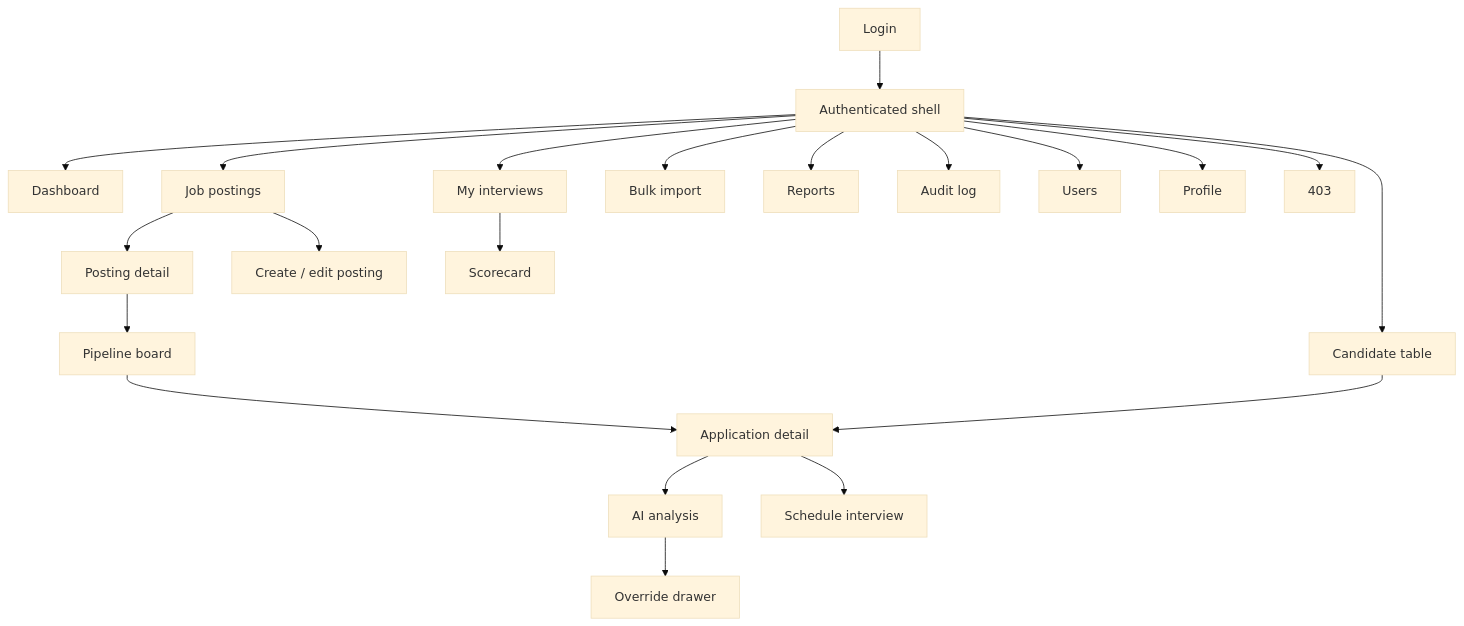
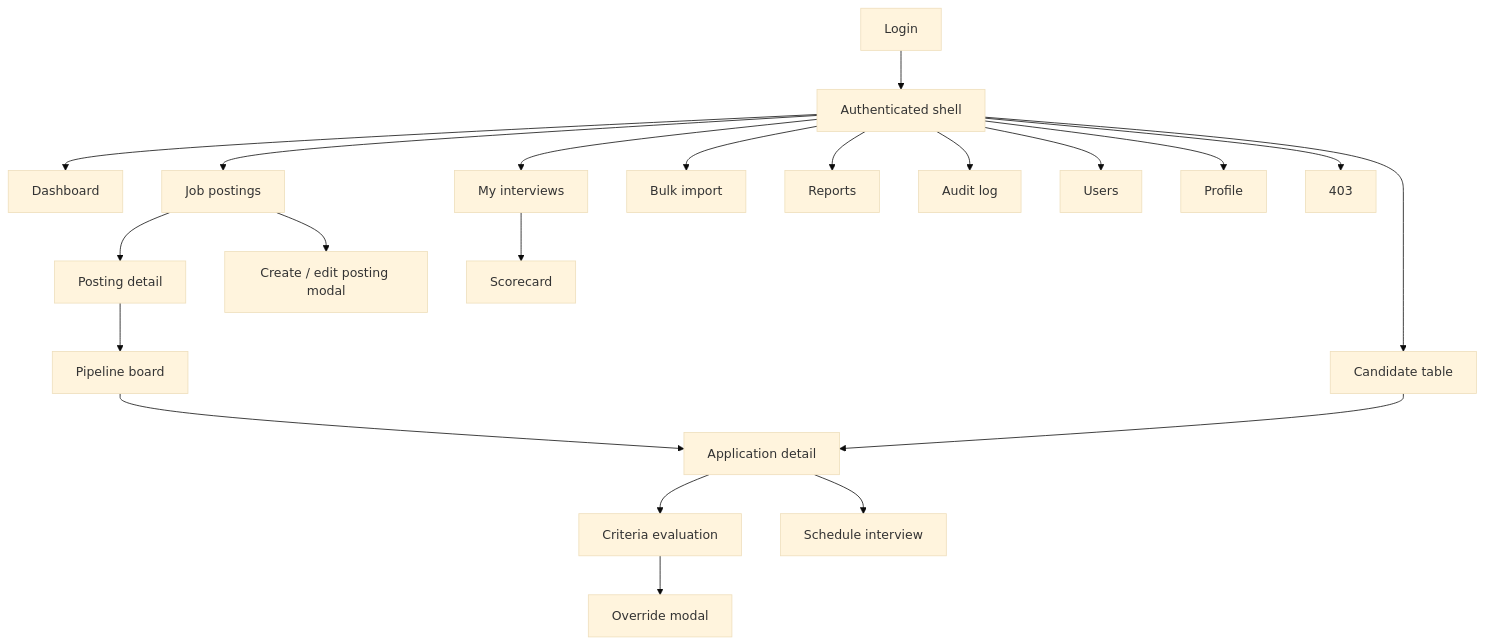
Before and after one commit to duongk18FPTU/recruitment-ats: the second of 2 diagrams in README.md, drawn with Mermaid (base theme). The commit also changed other lines of this file and 18 other files, not shown here.

First line of the commit message:
Redesign UI and mind map to match the reference project style

````diff
--- a/README.md
+++ b/README.md
@@ -196,19 +155,19 @@
 ```mermaid
 flowchart TB
     Login["Login"] --> Shell["Authenticated shell"]
     Shell --> Dashboard["Dashboard"]
     Shell --> Jobs["Job postings"] --> JobDetail["Posting detail"] --> Pipeline["Pipeline board"]
-    Jobs --> JobForm["Create / edit posting"]
+    Jobs --> JobForm["Create / edit posting modal"]
     Shell --> Candidates["Candidate table"]
     Pipeline --> AppDetail["Application detail"]
     Candidates --> AppDetail
-    AppDetail --> AI["AI analysis"] --> Override["Override drawer"]
+    AppDetail --> AI["Criteria evaluation"] --> Override["Override modal"]
     AppDetail --> Schedule["Schedule interview"]
     Shell --> MyInterviews["My interviews"] --> Scorecard["Scorecard"]
     Shell --> Import["Bulk import"]
     Shell --> Reports["Reports"]
     Shell --> Audit["Audit log"]
     Shell --> Users["Users"]
     Shell --> Profile["Profile"]
     Shell --> Forbidden["403"]
 ```
````
